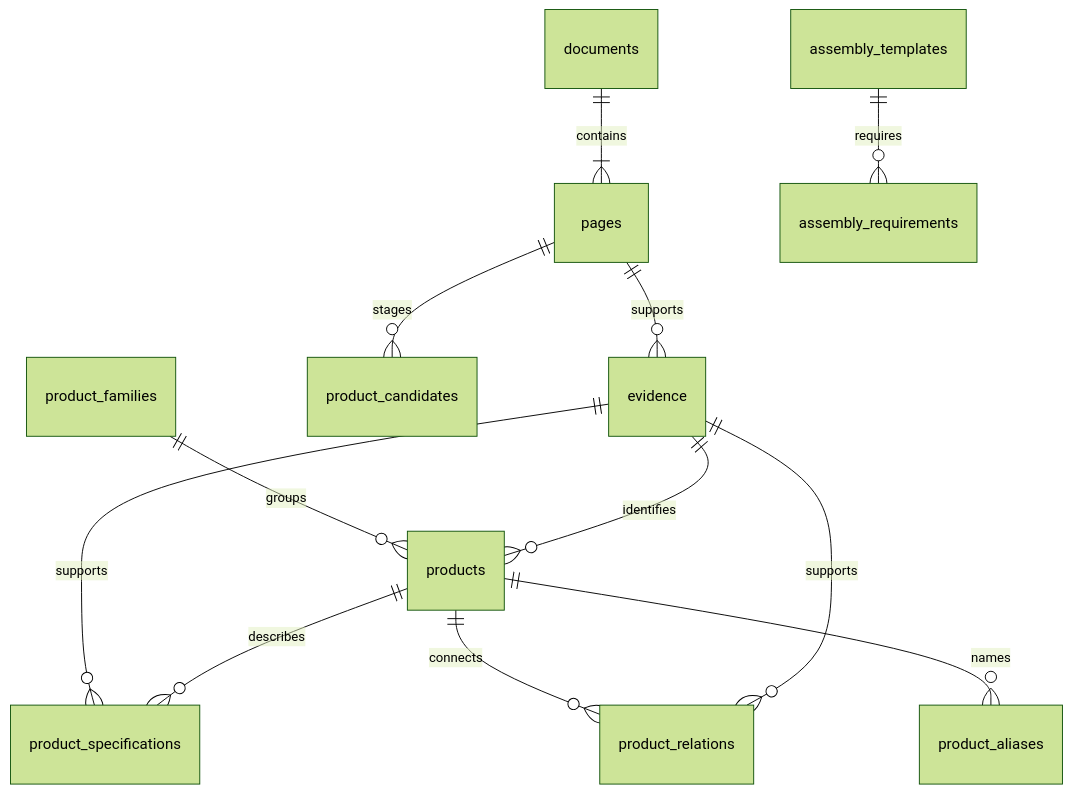
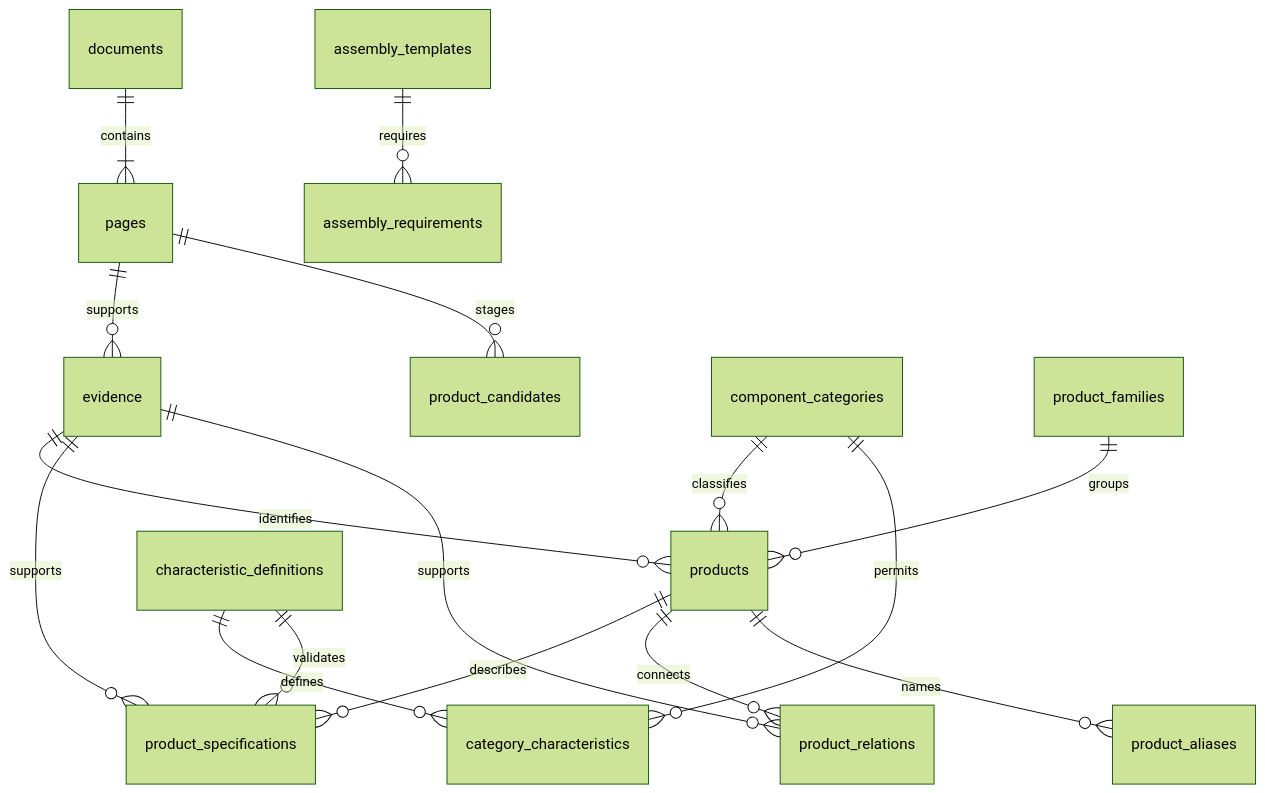
Before and after one commit to JustinZheng0518/WEi_EN_AGENT_DEMO: the diagram in docs/database.md, drawn with Mermaid (forest theme). The commit also changed other lines of this file and 22 other files, not shown here.

Commit message:
Add category-aware typed component features, explicit unknowns and evidence-preserving comparison

````diff
--- a/docs/database.md
+++ b/docs/database.md
@@ -3,14 +5,18 @@
 ```mermaid
 erDiagram
     documents ||--|{ pages : contains
     pages ||--o{ evidence : supports
     pages ||--o{ product_candidates : stages
+    component_categories ||--o{ products : classifies
+    component_categories ||--o{ category_characteristics : permits
+    characteristic_definitions ||--o{ category_characteristics : defines
+    characteristic_definitions ||--o{ product_specifications : validates
     product_families ||--o{ products : groups
     evidence ||--o{ products : identifies
     evidence ||--o{ product_specifications : supports
     products ||--o{ product_specifications : describes
     products ||--o{ product_relations : connects
     evidence ||--o{ product_relations : supports
     products ||--o{ product_aliases : names
     assembly_templates ||--o{ assembly_requirements : requires
 ```
````
